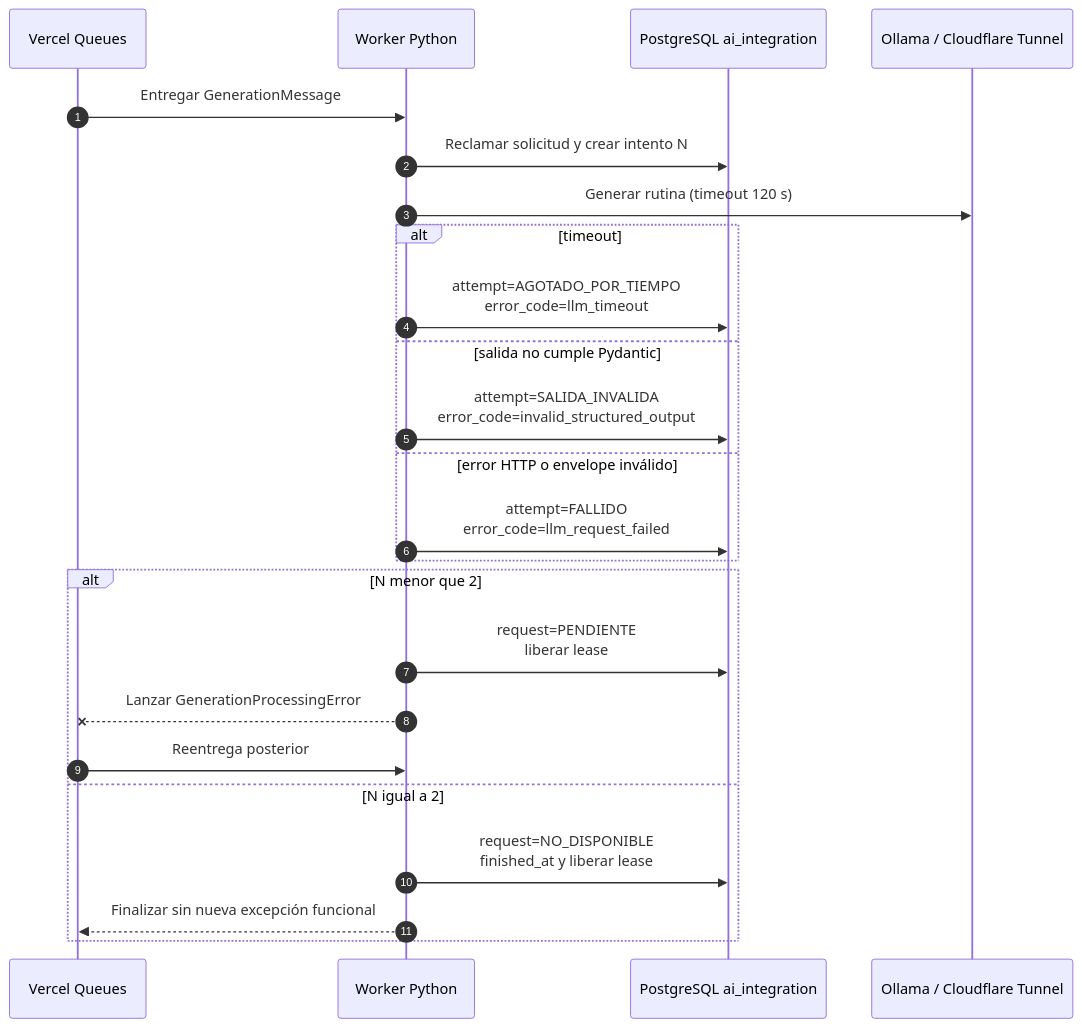
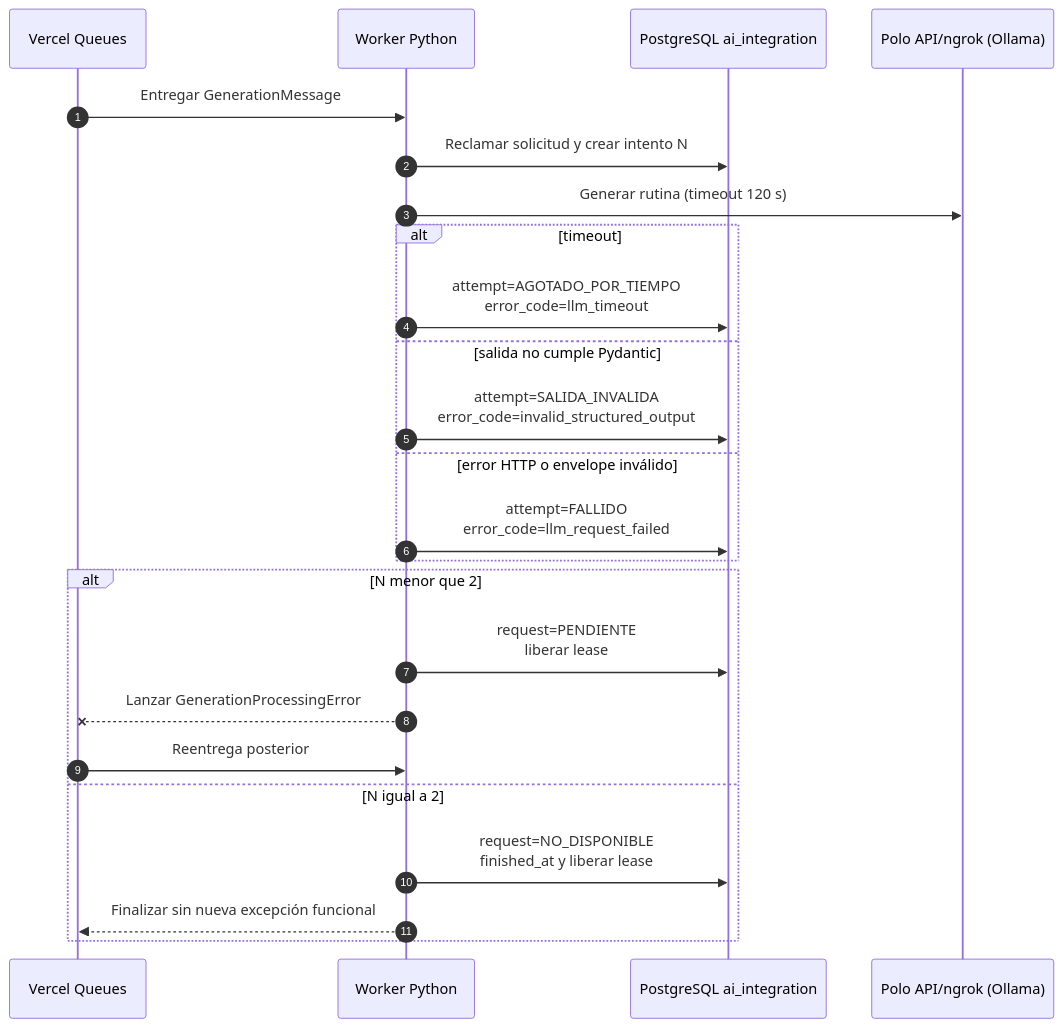
One commit to Maico-Zurbriggen/proyecto-gimnasio-documentacion changed diagram 13 of 14 in architecture/implemented-sequence-diagrams.md. Above: the diagram before and after it, drawn with Mermaid. The commit also changed other lines of this file and 15 other files, not shown here.

````diff
--- a/architecture/implemented-sequence-diagrams.md
+++ b/architecture/implemented-sequence-diagrams.md
@@ -594,27 +598,27 @@
 ```mermaid
 sequenceDiagram
     autonumber
     participant Q as Vercel Queues
     participant W as Worker Python
     participant DB as PostgreSQL ai_integration
-    participant LLM as Ollama / Cloudflare Tunnel
+    participant LLM as Polo API/ngrok (Ollama)
 
     Q->>W: Entregar GenerationMessage
     W->>DB: Reclamar solicitud y crear intento N
     W->>LLM: Generar rutina (timeout 120 s)
     alt timeout
         W->>DB: attempt=AGOTADO_POR_TIEMPO<br/>error_code=llm_timeout
     else salida no cumple Pydantic
         W->>DB: attempt=SALIDA_INVALIDA<br/>error_code=invalid_structured_output
     else error HTTP o envelope inválido
         W->>DB: attempt=FALLIDO<br/>error_code=llm_request_failed
     end
     alt N menor que 2
         W->>DB: request=PENDIENTE<br/>liberar lease
         W--xQ: Lanzar GenerationProcessingError
         Q->>W: Reentrega posterior
     else N igual a 2
         W->>DB: request=NO_DISPONIBLE<br/>finished_at y liberar lease
         W-->>Q: Finalizar sin nueva excepción funcional
     end
 ```
````
